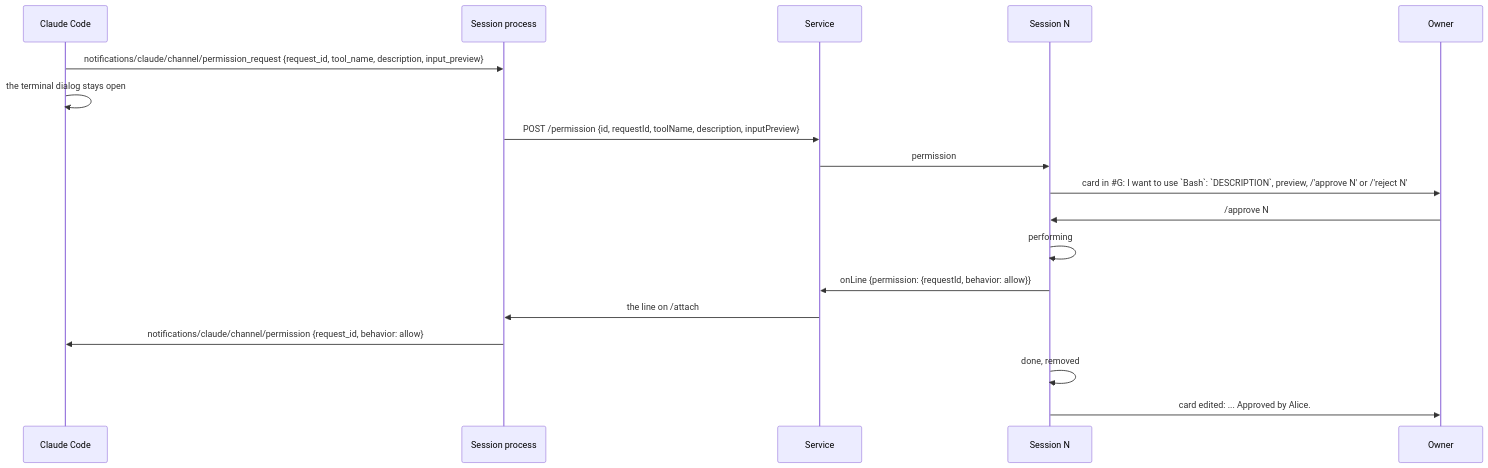
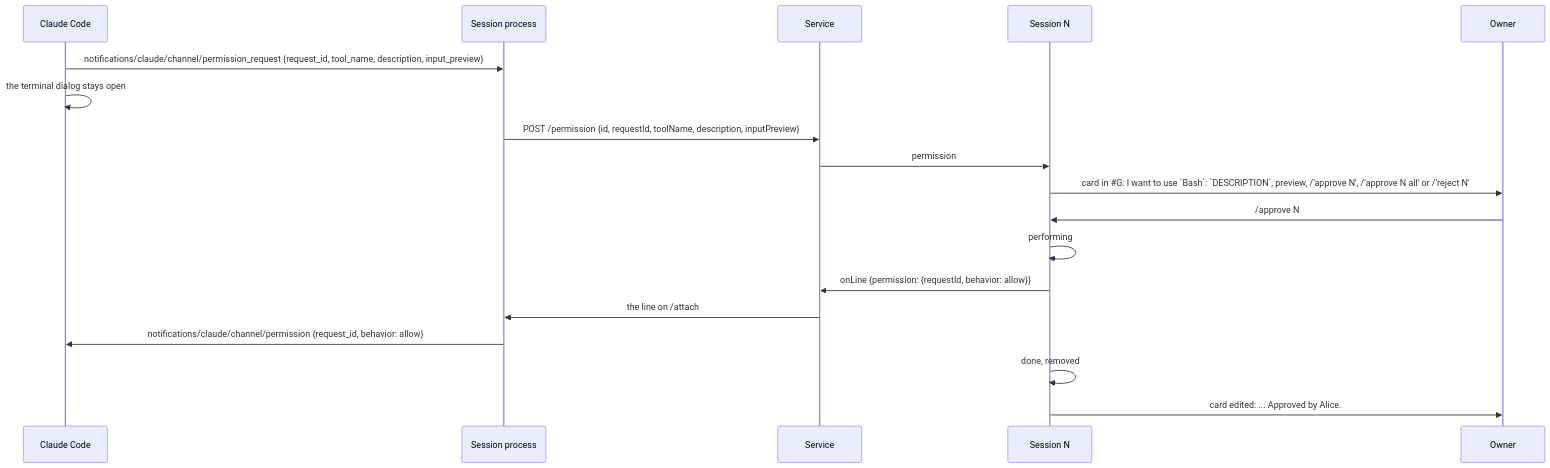
Diagram 22 of 34 in packages/simplex-chat-mcp/spec/flows.md (simplex-chat/simplex-chat), drawn with Mermaid before and after one commit. The commit also changed other lines of this file and 4 other files, not shown here.

````diff
--- a/packages/simplex-chat-mcp/spec/flows.md
+++ b/packages/simplex-chat-mcp/spec/flows.md
@@ -1061,20 +1062,20 @@
 ```mermaid
 sequenceDiagram
   participant CC as Claude Code
   participant S as Session process
   participant D as Service
   participant N as Session N
   participant O as Owner
   CC->>S: notifications/claude/channel/permission_request {request_id, tool_name, description, input_preview}
   CC->>CC: the terminal dialog stays open
   S->>D: POST /permission {id, requestId, toolName, description, inputPreview}
   D->>N: permission
-  N->>O: card in #35;G: I want to use `Bash`: `DESCRIPTION`, preview, /'approve N' or /'reject N'
+  N->>O: card in #35;G: I want to use `Bash`: `DESCRIPTION`, preview, /'approve N', /'approve N all' or /'reject N'
   O->>N: /approve N
   N->>N: performing
   N->>D: onLine {permission: {requestId, behavior: allow}}
   D->>S: the line on /attach
   S->>CC: notifications/claude/channel/permission {request_id, behavior: allow}
   N->>N: done, removed
   N->>O: card edited: ... Approved by Alice.
 ```
````
